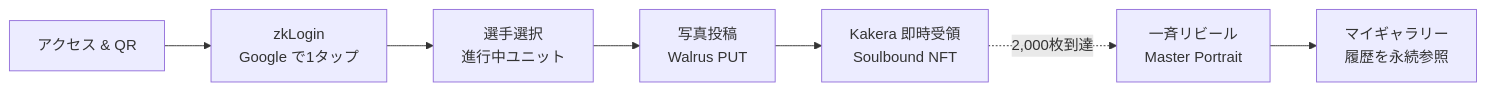
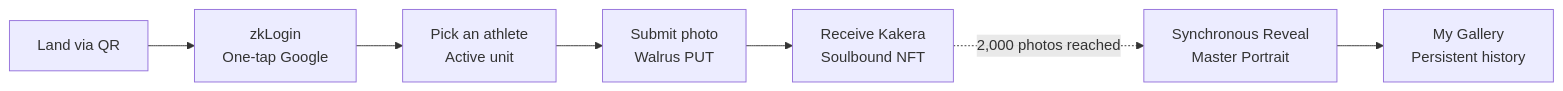
The diagram in README.md (UnagiLabs/one_portrait), drawn with Mermaid before and after one commit. The commit also changed other lines of this file, not shown here.

````diff
--- a/README.md
+++ b/README.md
@@ -57,9 +66,9 @@
 ```mermaid
 flowchart LR
-    A[アクセス & QR] --> B[zkLogin<br/>Google で1タップ]
-    B --> C[選手選択<br/>進行中ユニット]
-    C --> D[写真投稿<br/>Walrus PUT]
-    D --> E[Kakera 即時受領<br/>Soulbound NFT]
-    E -. 2,000枚到達 .-> F[一斉リビール<br/>Master Portrait]
-    F --> G[マイギャラリー<br/>履歴を永続参照]
+    A[Land via QR] --> B[zkLogin<br/>One-tap Google]
+    B --> C[Pick an athlete<br/>Active unit]
+    C --> D[Submit photo<br/>Walrus PUT]
+    D --> E[Receive Kakera<br/>Soulbound NFT]
+    E -. 2,000 photos reached .-> F[Synchronous Reveal<br/>Master Portrait]
+    F --> G[My Gallery<br/>Persistent history]
 ```
````
